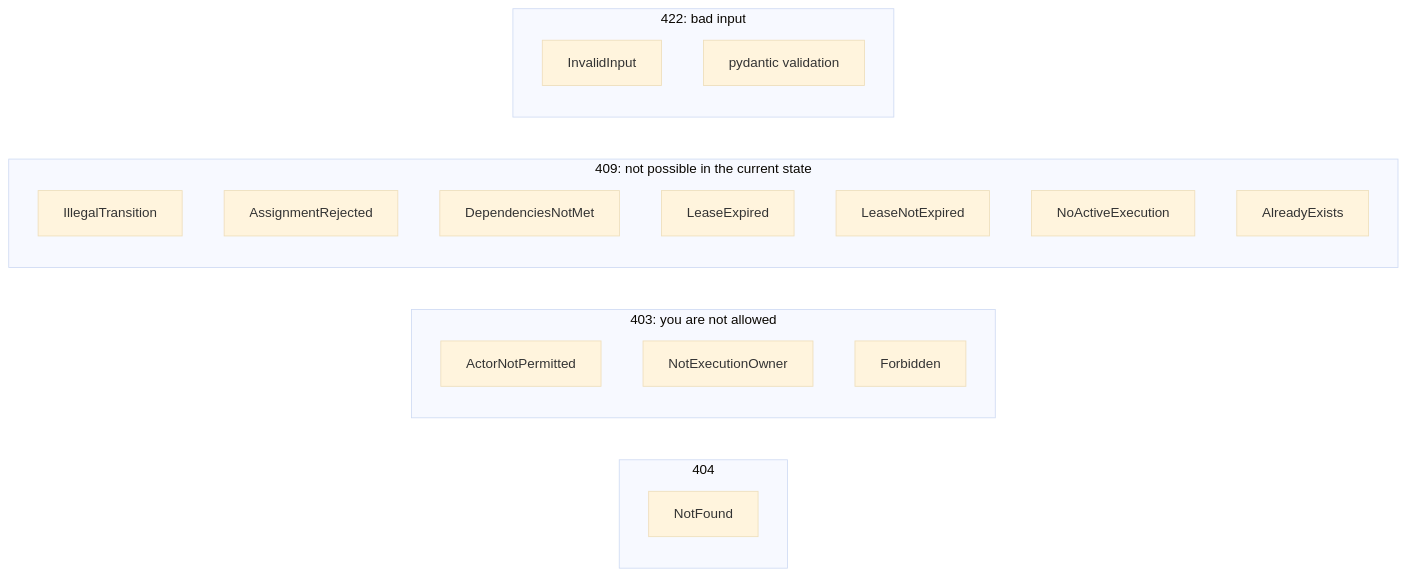
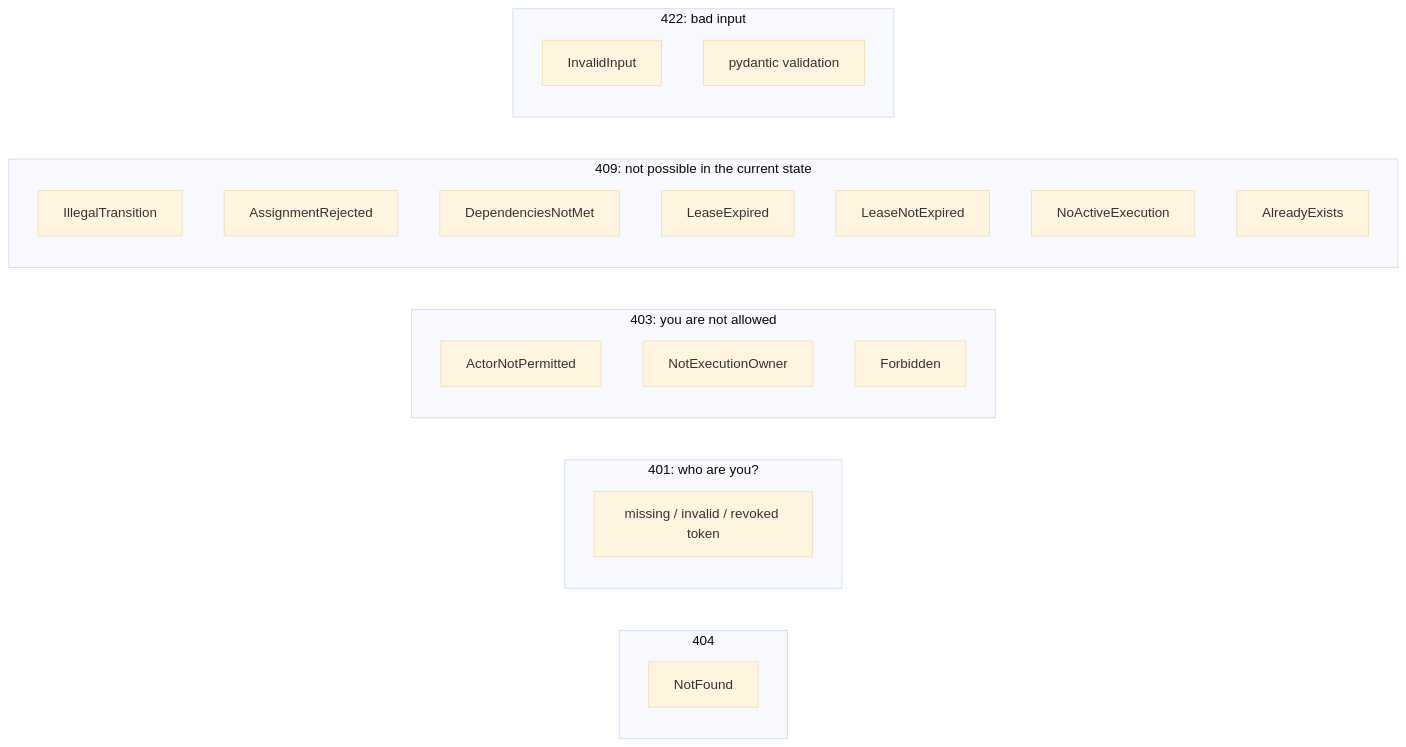
Before and after one commit to bharathcmbox/axiom: the fifth of 6 diagrams in docs/guide/08-api-layer.md, drawn with Mermaid (base theme). The commit also changed other lines of this file and 19 other files, not shown here.

````diff
--- a/docs/guide/08-api-layer.md
+++ b/docs/guide/08-api-layer.md
@@ -71,24 +87,27 @@
 ```mermaid
 flowchart LR
     subgraph s404["404"]
         NotFound
+    end
+    subgraph s401["401: who are you?"]
+        auth["missing / invalid / revoked token"]
     end
     subgraph s403["403: you are not allowed"]
         ActorNotPermitted
         NotExecutionOwner
         Forbidden
     end
     subgraph s409["409: not possible in the current state"]
         IllegalTransition
         AssignmentRejected
         DependenciesNotMet
         LeaseExpired
         LeaseNotExpired
         NoActiveExecution
         AlreadyExists
     end
     subgraph s422["422: bad input"]
         InvalidInput
         validation["pydantic validation"]
     end
 ```
````
